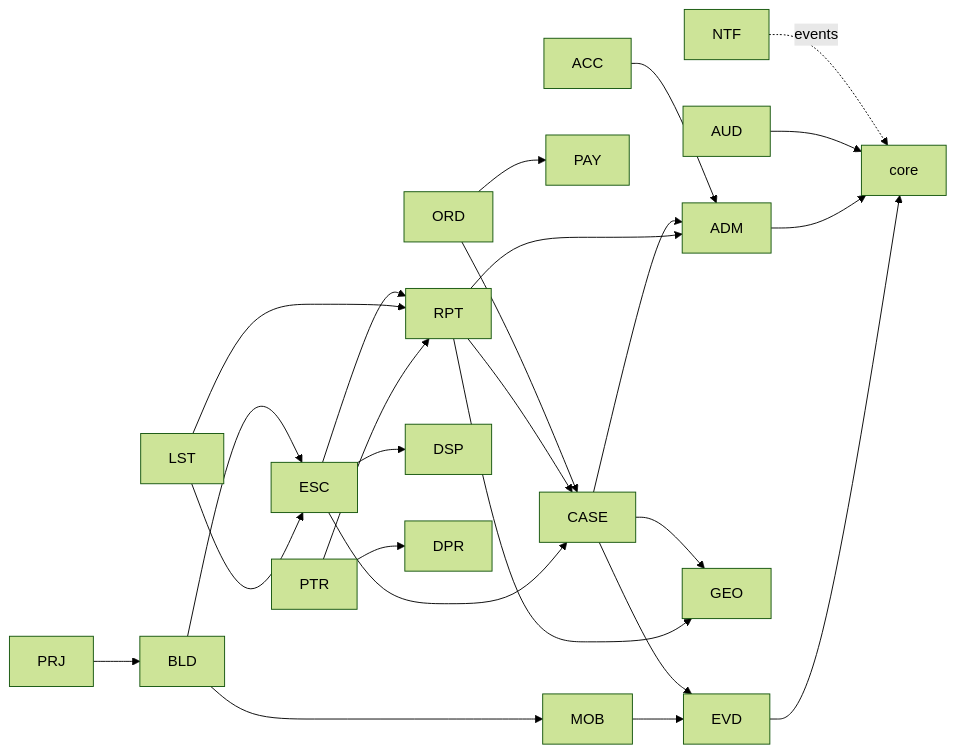
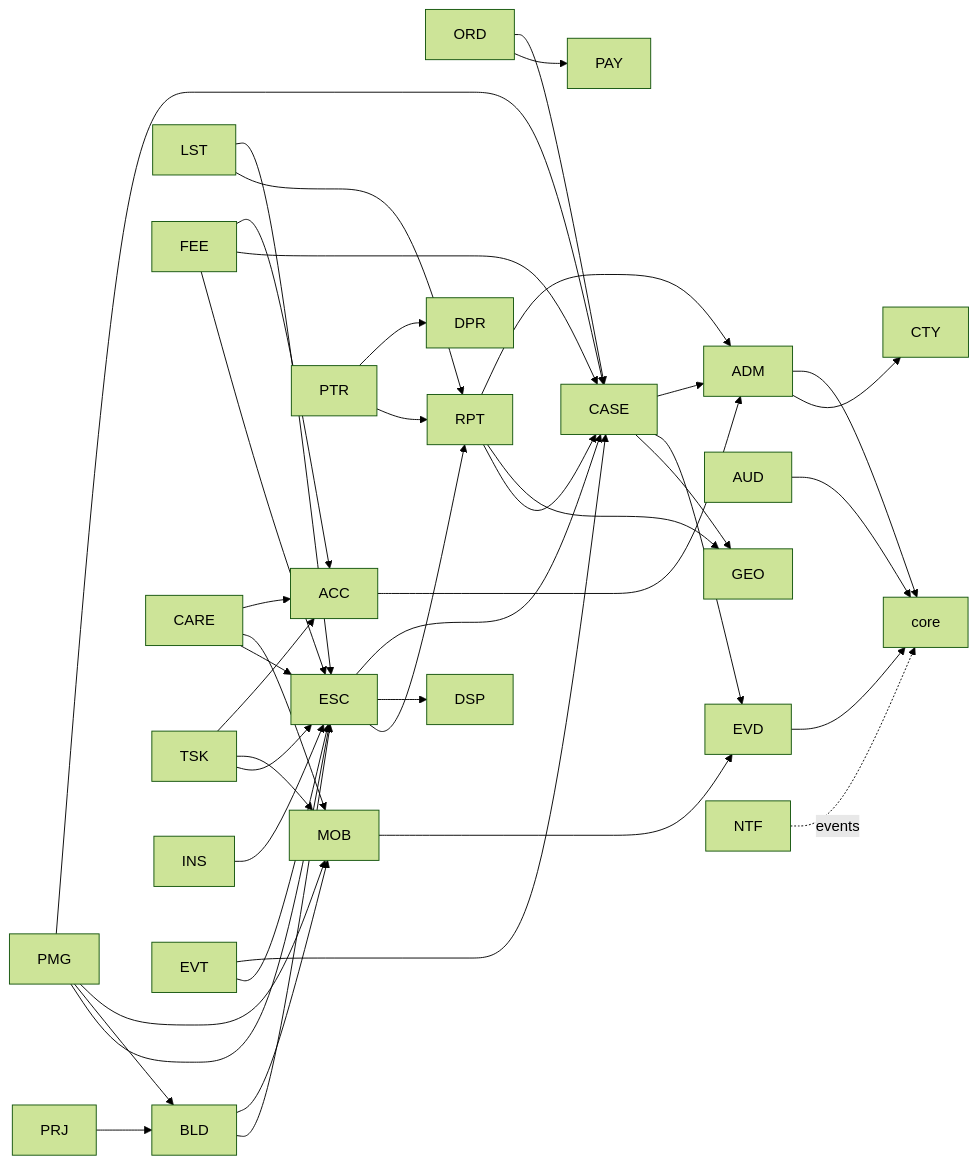
One commit to 1SteveMens/Fidero changed the third of 15 diagrams in docs/specs/02-architecture-and-technical-design.md. Above: the diagram before and after it, drawn with Mermaid (forest theme). The commit also changed other lines of this file and 3 other files, not shown here.

````diff
--- a/docs/specs/02-architecture-and-technical-design.md
+++ b/docs/specs/02-architecture-and-technical-design.md
@@ -383,47 +464,71 @@
 ```mermaid
 flowchart LR
     core["core"]
     acc["ACC"]
     adm["ADM"]
     aud["AUD"]
     evd["EVD"]
     geo["GEO"]
     ord["ORD"]
     pay["PAY"]
     cas["CASE"]
     rpt["RPT"]
     esc["ESC"]
     dsp["DSP"]
     bld["BLD"]
     prj["PRJ"]
     mob["MOB"]
     lst["LST"]
     ptr["PTR"]
     ntf["NTF"]
     dpr["DPR"]
+    cty["CTY"]
+    fee["FEE"]
+    care["CARE"]
+    pmg["PMG"]
+    tsk["TSK"]
+    ins["INS"]
+    evt["EVT"]
 
     ord --> pay
     ord --> cas
     cas --> geo
     cas --> evd
     rpt --> cas
     rpt --> geo
     esc --> rpt
     esc --> dsp
     esc --> cas
     bld --> esc
     bld --> mob
     prj --> bld
     mob --> evd
     lst --> rpt
     lst --> esc
     ptr --> rpt
     ptr --> dpr
     acc --> adm
     cas --> adm
     rpt --> adm
+    fee --> esc
+    fee --> cas
+    fee --> acc
+    care --> esc
+    care --> mob
+    care --> acc
+    pmg --> esc
+    pmg --> bld
+    pmg --> mob
+    pmg --> cas
+    tsk --> esc
+    tsk --> mob
+    tsk --> acc
+    ins --> esc
+    evt --> esc
+    evt --> cas
+    adm --> cty
     ntf -.->|"events"| core
     aud --> core
     adm --> core
     evd --> core
 ```
````
